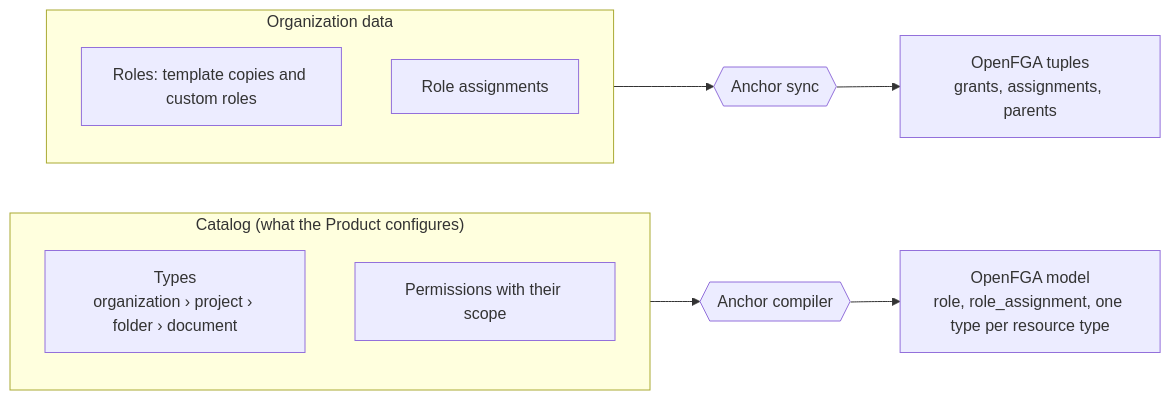
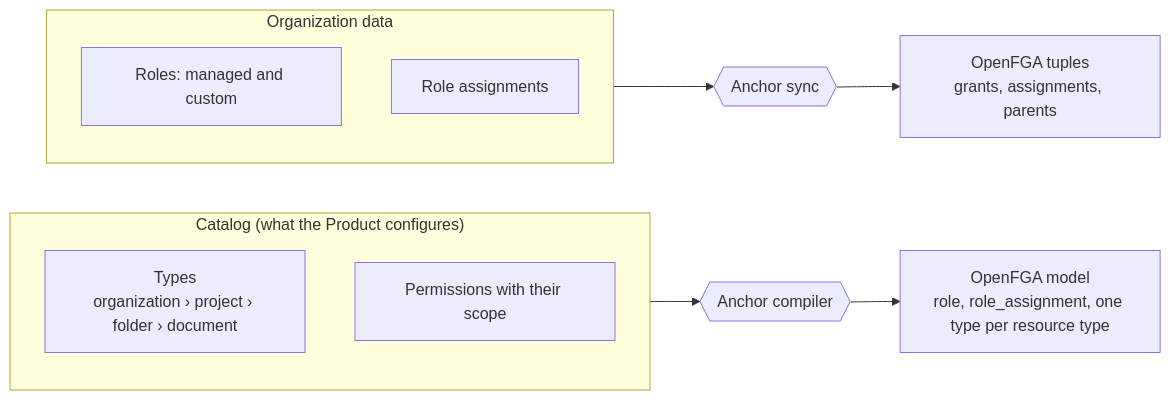
Before and after one commit to nanostack-dev/anchor: diagram 19 of 22 in docs/adr/0022-resource-types-scope-roles-and-permissions.md, drawn with Mermaid. The commit also changed other lines of this file, not shown here.

First line of the commit message:
docs(adr): share managed roles across organizations instead of copying them

````diff
--- a/docs/adr/0022-resource-types-scope-roles-and-permissions.md
+++ b/docs/adr/0022-resource-types-scope-roles-and-permissions.md
@@ -1596,19 +1805,19 @@
 ```mermaid
 flowchart LR
     subgraph catalog["Catalog (what the Product configures)"]
         direction TB
         t["Types<br/>organization › project › folder › document"]
         p["Permissions with their scope"]
     end
     subgraph data["Organization data"]
         direction TB
-        r["Roles: template copies and custom roles"]
+        r["Roles: managed and custom"]
         a["Role assignments"]
     end
     c{{"Anchor compiler"}}
     s{{"Anchor sync"}}
     m["OpenFGA model<br/>role, role_assignment, one type per resource type"]
     tu["OpenFGA tuples<br/>grants, assignments, parents"]
     catalog --> c --> m
     data --> s --> tu
 ```
````
